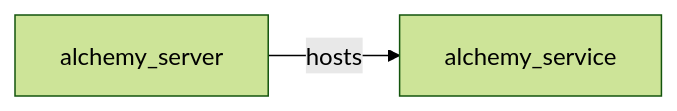
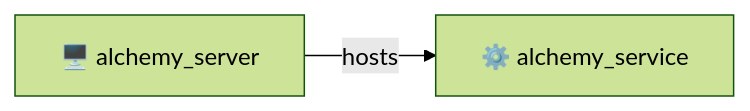
Before and after one commit to ThanuMahee12/AgentContext: the seventh of 22 diagrams in docs/brainstorms/investigation-db.md, drawn with Mermaid (forest theme). The commit also changed other lines of this file, not shown here.

Commit message:
docs: use Unicode emojis for mermaid diagram support

````diff
--- a/docs/brainstorms/investigation-db.md
+++ b/docs/brainstorms/investigation-db.md
@@ -170,4 +170,4 @@
 ```mermaid
 flowchart LR
-    S["alchemy_server"] -->|hosts| SVC["alchemy_service"]
+    S["🖥️ alchemy_server"] -->|hosts| SVC["⚙️ alchemy_service"]
 ```
````
